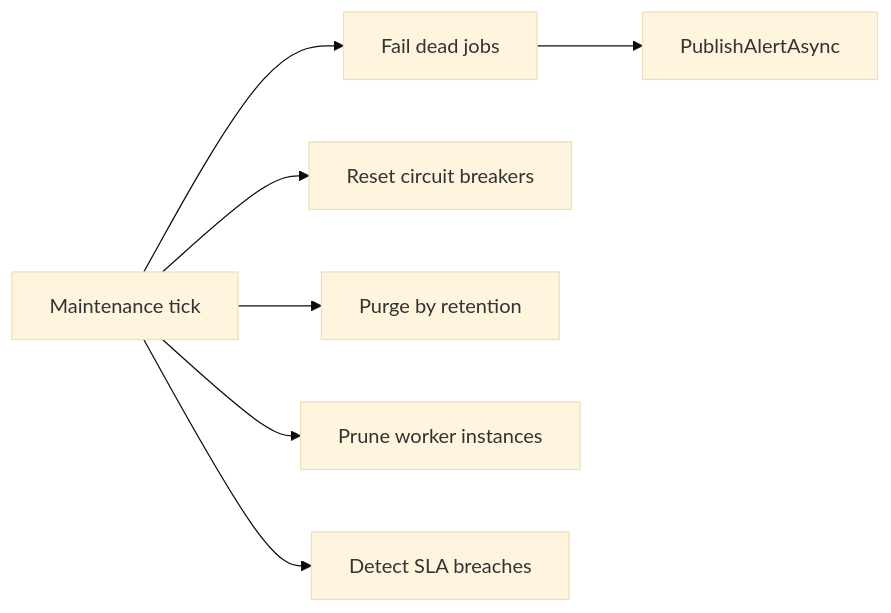
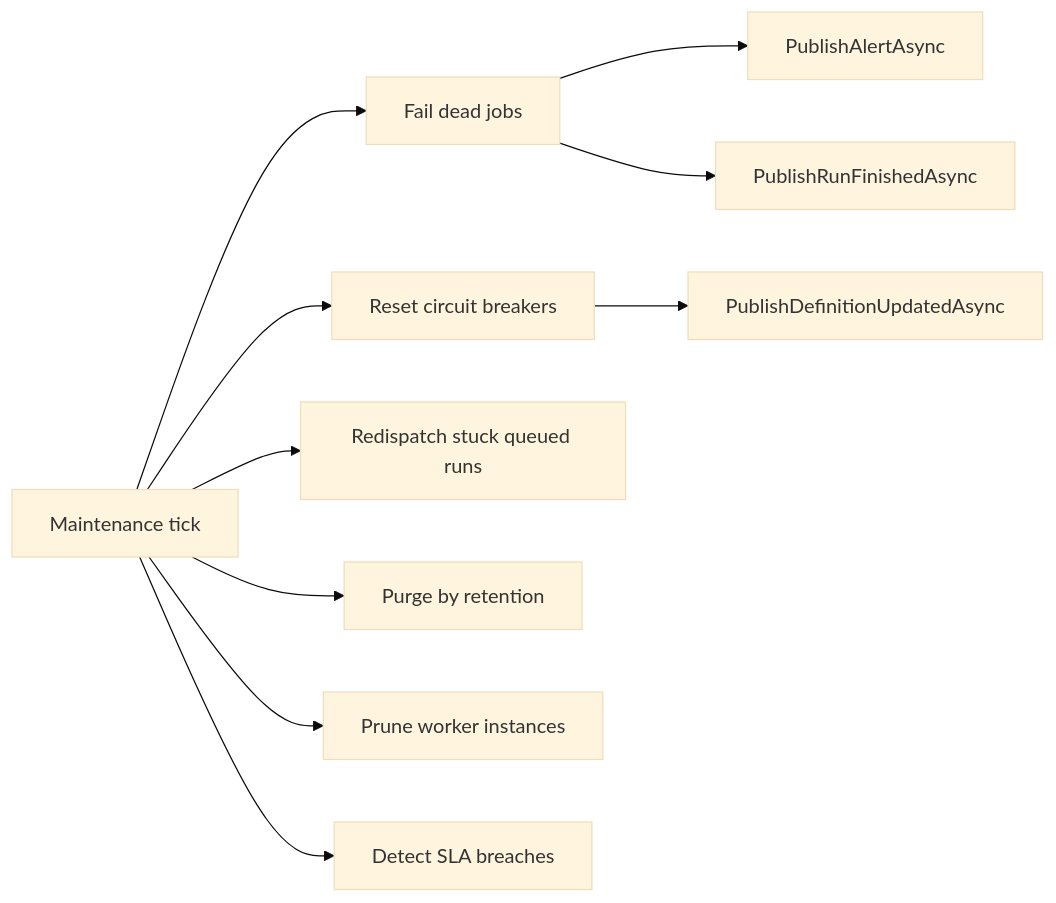
One commit to MJWherry/Lyo changed the diagram in Lyo.Net/Integration/Job/Lyo.Job.Postgres/README.md. Above: the diagram before and after it, drawn with Mermaid (base theme). The commit also changed other lines of this file and 560 other files, not shown here.

````diff
--- a/Lyo.Net/Integration/Job/Lyo.Job.Postgres/README.md
+++ b/Lyo.Net/Integration/Job/Lyo.Job.Postgres/README.md
@@ -135,9 +164,12 @@
 ```mermaid
 flowchart LR
     tick[Maintenance tick] --> dead[Fail dead jobs]
     tick --> cb[Reset circuit breakers]
+    tick --> redisp[Redispatch stuck queued runs]
     tick --> ret[Purge by retention]
     tick --> wrk[Prune worker instances]
     tick --> sla[Detect SLA breaches]
     dead --> alert[PublishAlertAsync]
+    dead --> fin[PublishRunFinishedAsync]
+    cb --> defupd[PublishDefinitionUpdatedAsync]
 ```
````
